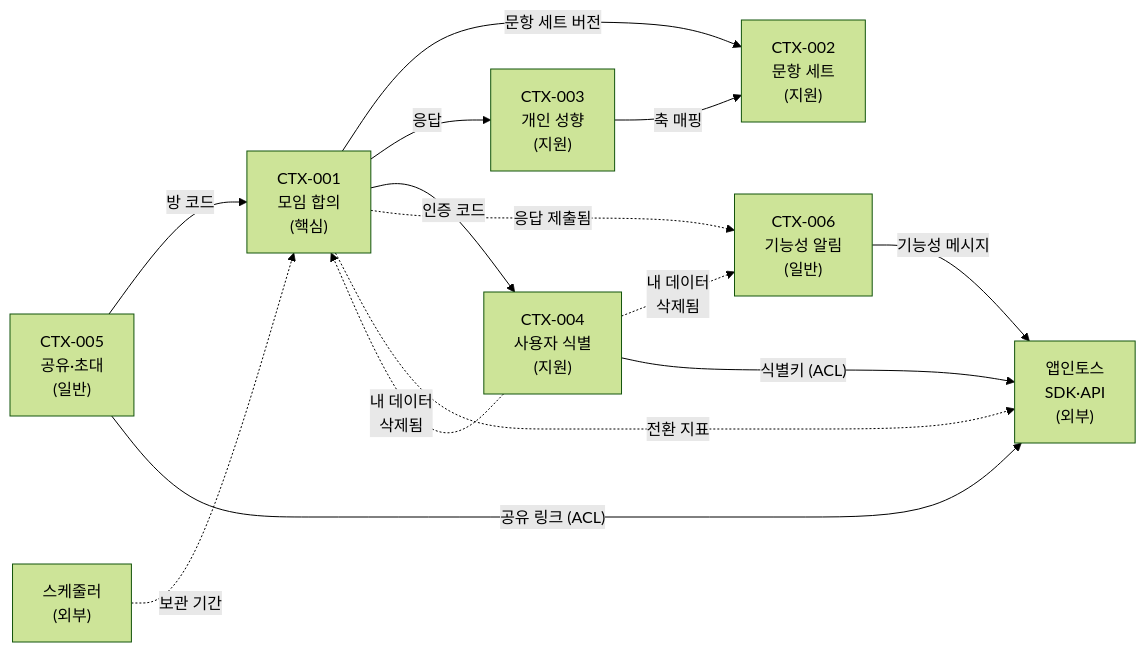
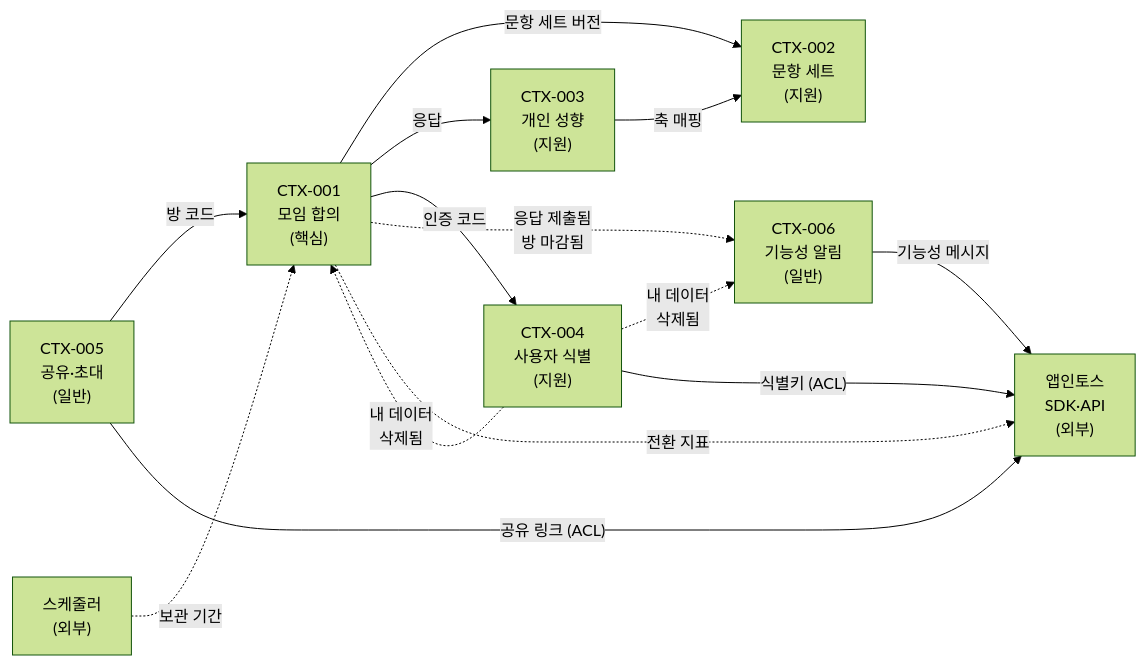
The diagram in docs/01-domain/domain.md (kodonghui/moim-card), drawn with Mermaid (forest theme) before and after one commit. The commit also changed other lines of this file and 12 other files, not shown here.

````diff
--- a/docs/01-domain/domain.md
+++ b/docs/01-domain/domain.md
@@ -190,25 +193,25 @@
 ```mermaid
 flowchart LR
   %% grammar: structure
   c1["CTX-001<br/>모임 합의<br/>(핵심)"]
   c2["CTX-002<br/>문항 세트<br/>(지원)"]
   c3["CTX-003<br/>개인 성향<br/>(지원)"]
   c4["CTX-004<br/>사용자 식별<br/>(지원)"]
   c5["CTX-005<br/>공유·초대<br/>(일반)"]
   c6["CTX-006<br/>기능성 알림<br/>(일반)"]
   sdk["앱인토스<br/>SDK·API<br/>(외부)"]
   cron["스케줄러<br/>(외부)"]
   c1 -->|"문항 세트 버전"| c2
   c1 -->|"응답"| c3
   c3 -->|"축 매핑"| c2
   c1 -->|"인증 코드"| c4
   c4 -.->|"내 데이터<br/>삭제됨"| c1
   c4 -.->|"내 데이터<br/>삭제됨"| c6
   c5 -->|"방 코드"| c1
-  c1 -.->|"응답 제출됨"| c6
+  c1 -.->|"응답 제출됨<br/>방 마감됨"| c6
   c4 -->|"식별키 (ACL)"| sdk
   c5 -->|"공유 링크 (ACL)"| sdk
   c6 -->|"기능성 메시지"| sdk
   c1 -.->|"전환 지표"| sdk
   cron -.->|"보관 기간"| c1
 ```
````
